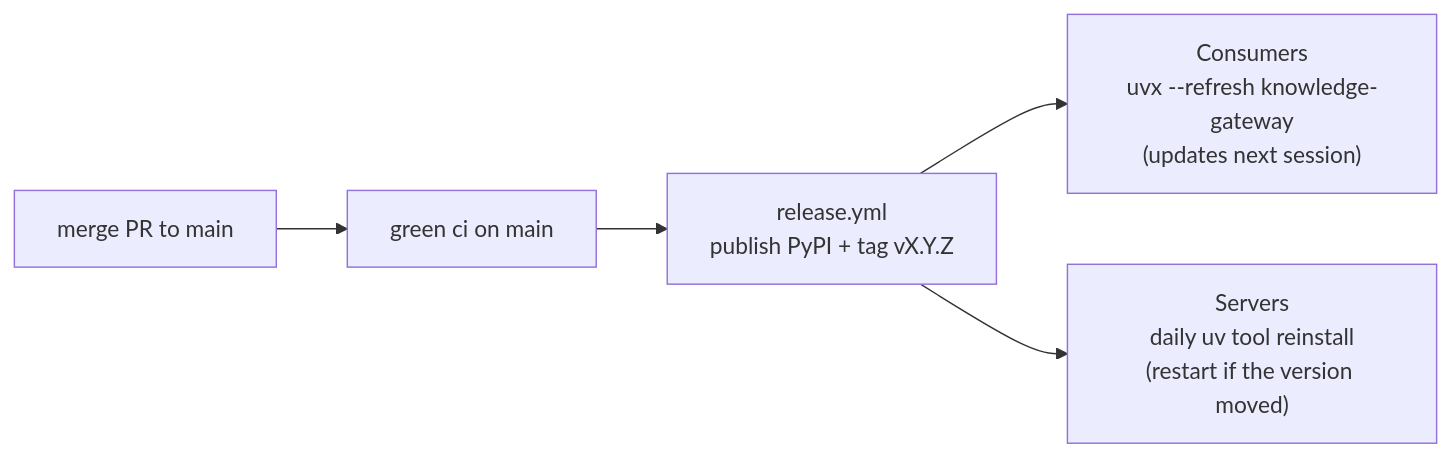
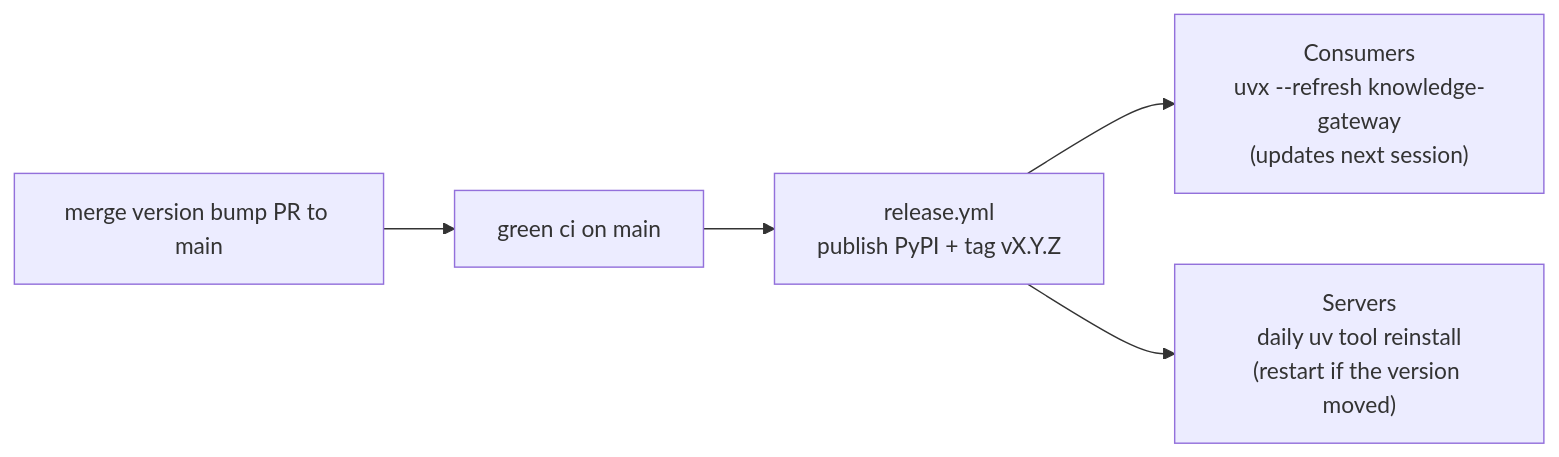
The second of 2 diagrams in README.md (fszalaj/knowledge-gateway), drawn with Mermaid before and after one commit. The commit also changed other lines of this file and 4 other files, not shown here.

````diff
--- a/README.md
+++ b/README.md
@@ -64,7 +64,7 @@
 ```mermaid
 flowchart LR
-    PR[merge PR to main] --> CI[green ci on main]
+    PR[merge version bump PR to main] --> CI[green ci on main]
     CI --> REL["release.yml<br/>publish PyPI + tag vX.Y.Z"]
     REL --> C["Consumers<br/>uvx --refresh knowledge-gateway<br/>(updates next session)"]
     REL --> S["Servers<br/>daily uv tool reinstall<br/>(restart if the version moved)"]
 ```
````
